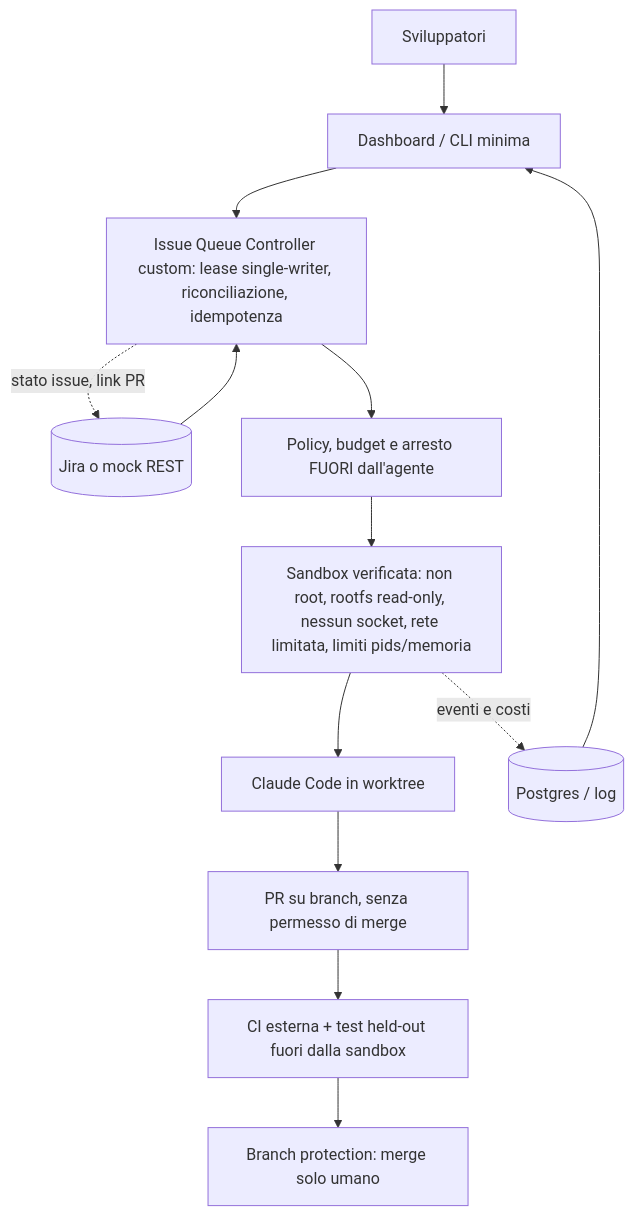
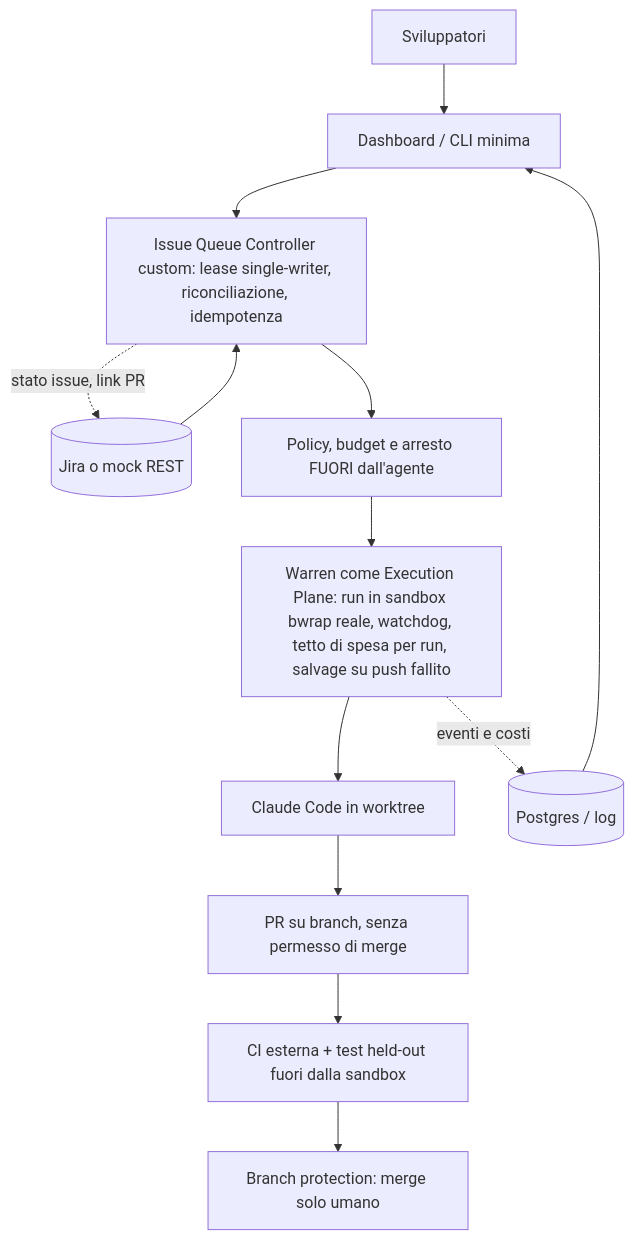
One commit to dibbiii/team-agent-evaluation changed the diagram in reports/FINAL-RECOMMENDATION.md. Above: the diagram before and after it, drawn with Mermaid. The commit also changed other lines of this file and 6 other files, not shown here.

First line of the commit message:
Aggiorna raccomandazione (B primaria), confronto, minacce, decisioni e handoff dopo le run LIVE e le prove di guasto di Warren

````diff
--- a/reports/FINAL-RECOMMENDATION.md
+++ b/reports/FINAL-RECOMMENDATION.md
@@ -59,15 +62,15 @@
 ```mermaid
 flowchart TB
   Dev[Sviluppatori] --> UI[Dashboard / CLI minima]
   Jira[(Jira o mock REST)] --> QC[Issue Queue Controller custom: lease single-writer, riconciliazione, idempotenza]
   UI --> QC
   QC --> POL[Policy, budget e arresto FUORI dall'agente]
-  POL --> SBX[Sandbox verificata: non root, rootfs read-only, nessun socket, rete limitata, limiti pids/memoria]
+  POL --> SBX[Warren come Execution Plane: run in sandbox bwrap reale, watchdog, tetto di spesa per run, salvage su push fallito]
   SBX --> CC[Claude Code in worktree]
   CC --> PR[PR su branch, senza permesso di merge]
   PR --> CI[CI esterna + test held-out fuori dalla sandbox]
   CI --> BP[Branch protection: merge solo umano]
   QC -. stato issue, link PR .-> Jira
   SBX -. eventi e costi .-> OBS[(Postgres / log)]
   OBS --> UI
 ```
````
